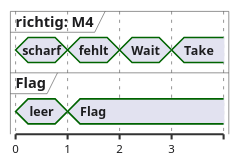
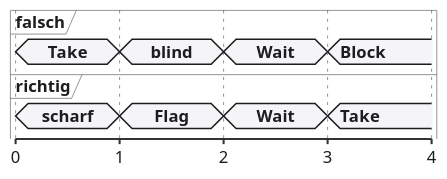
One commit to dantschi/echtzeitsysteme changed the third of 7 diagrams in vorlesungen/08_multicore-synchronisation-safety.qmd. Above: the diagram before and after it, drawn with PlantUML. The commit also changed other lines of this file and 13 other files, not shown here.

````diff
--- a/vorlesungen/08_multicore-synchronisation-safety.qmd
+++ b/vorlesungen/08_multicore-synchronisation-safety.qmd
@@ -381,26 +299,44 @@
 ```{.plantuml}
 @startuml
 skinparam backgroundColor transparent
 skinparam defaultFontName "Inter, sans-serif"
+skinparam defaultFontSize 16
 skinparam defaultFontColor #1D1D1F
 skinparam ArrowColor #86868B
+skinparam NoteBackgroundColor #F5F5F7
+skinparam NoteBorderColor #E5E5EA
 skinparam timing {
-  BackgroundColor #FFFFFF
-  BorderColor #E5E5EA
+ BackgroundColor #FFFFFF
+ BorderColor #E5E5EA
+ LineColor #1D1D1F
+ SignalColor #E2001A
+}
+<style>
+timingDiagram {
+ FontName sans-serif
+ concise {
+  FontName sans-serif
   LineColor #1D1D1F
-  SignalColor #E2001A
+  BackGroundColor #F5F5F7
+  FontColor #1D1D1F
+ }
 }
-concise "richtig: M4" as G
-concise "Flag" as L
+</style>
+scale 1 as 100 pixels
+concise "falsch" as F
+concise "richtig" as R
 @0
-G is "scharf"
-L is "leer"
+F is "Take"
+R is "scharf"
 @1
-G is "fehlt"
-L is "Flag"
+F is "blind"
+R is "Flag"
 @2
-G is "Wait"
+F is "Wait"
+R is "Wait"
 @3
-G is "Take"
+F is "Block"
+R is "Take"
+
 @enduml
 ```
````
